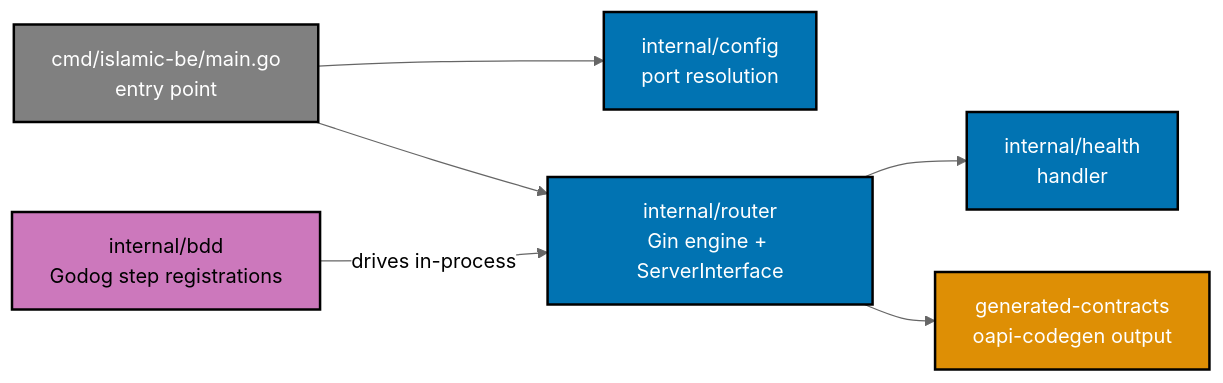
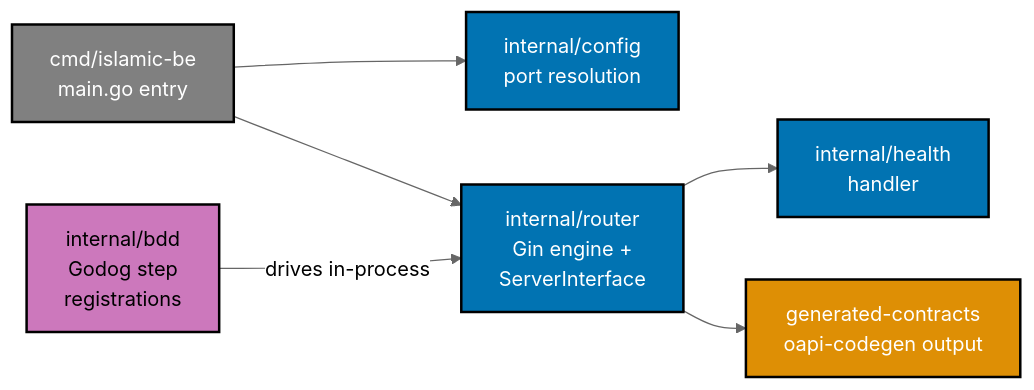
The second of 5 diagrams in plans/in-progress/islamic-be-init/tech-docs.md (wahidyankf/open-sharia-fintech), drawn with Mermaid (neutral theme) before and after one commit. The commit also changed other lines of this file, not shown here.

First line of the commit message:
fix(plans): satisfy md-mermaid-strict in the islamic-be-init diagrams

````diff
--- a/plans/in-progress/islamic-be-init/tech-docs.md
+++ b/plans/in-progress/islamic-be-init/tech-docs.md
@@ -37,20 +37,20 @@
 ```mermaid
 graph LR
-    MAIN["cmd/islamic-be/main.go<br/>entry point"]:::gray
+    MAIN["cmd/islamic-be<br/>main.go entry"]:::gray
     CONFIG["internal/config<br/>port resolution"]:::blue
     HEALTH["internal/health<br/>handler"]:::blue
-    ROUTER["internal/router<br/>Gin engine + ServerInterface"]:::blue
+    ROUTER["internal/router<br/>Gin engine +<br/>ServerInterface"]:::blue
     GEN["generated-contracts<br/>oapi-codegen output"]:::orange
-    BDD["internal/bdd<br/>Godog step registrations"]:::purple
+    BDD["internal/bdd<br/>Godog step<br/>registrations"]:::purple
 
     MAIN --> CONFIG
     MAIN --> ROUTER
     ROUTER --> HEALTH
     ROUTER --> GEN
     BDD -->|"drives in-process"| ROUTER
 
     classDef blue fill:#0173B2,stroke:#000000,color:#FFFFFF,stroke-width:2px
     classDef orange fill:#DE8F05,stroke:#000000,color:#FFFFFF,stroke-width:2px
     classDef purple fill:#CC78BC,stroke:#000000,color:#000000,stroke-width:2px
     classDef gray fill:#808080,stroke:#000000,color:#FFFFFF,stroke-width:2px
 ```
````
